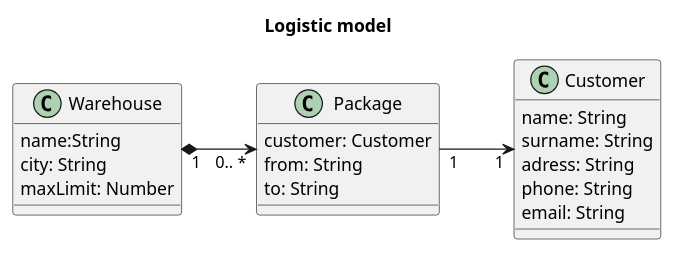
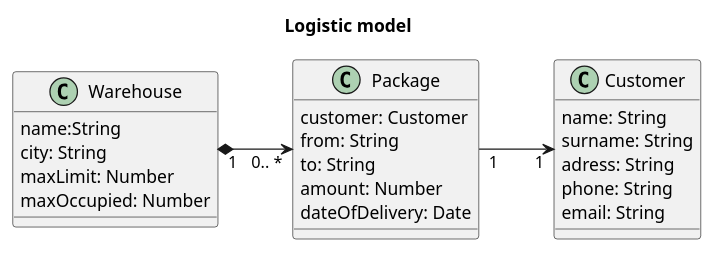
Before and after one commit to renzohcoronel/logistic: the diagram in src/models/model.pu, drawn with PlantUML. The commit also changed 18 other files, not shown here.

Commit message:
* modified reamde * added logic for calculate amount and dateOfDelivery * remove appController and appService

```diff
--- a/src/models/model.pu
+++ b/src/models/model.pu
@@ -1,29 +1,31 @@
 @startuml
 title Logistic model
 left to right direction
 
 class Package {
     customer: Customer
     from: String
     to: String
+    amount: Number
+    dateOfDelivery: Date
 }
 
 class Warehouse {
     name:String
     city: String
     maxLimit: Number
+    maxOccupied: Number
 }
 
 class Customer {
-
     name: String 
     surname: String 
     adress: String 
     phone: String 
     email: String 
 }
 
 Package "1" --> "1" Customer
 Warehouse "1" *--> "0.. *" Package
 
 @enduml
```
